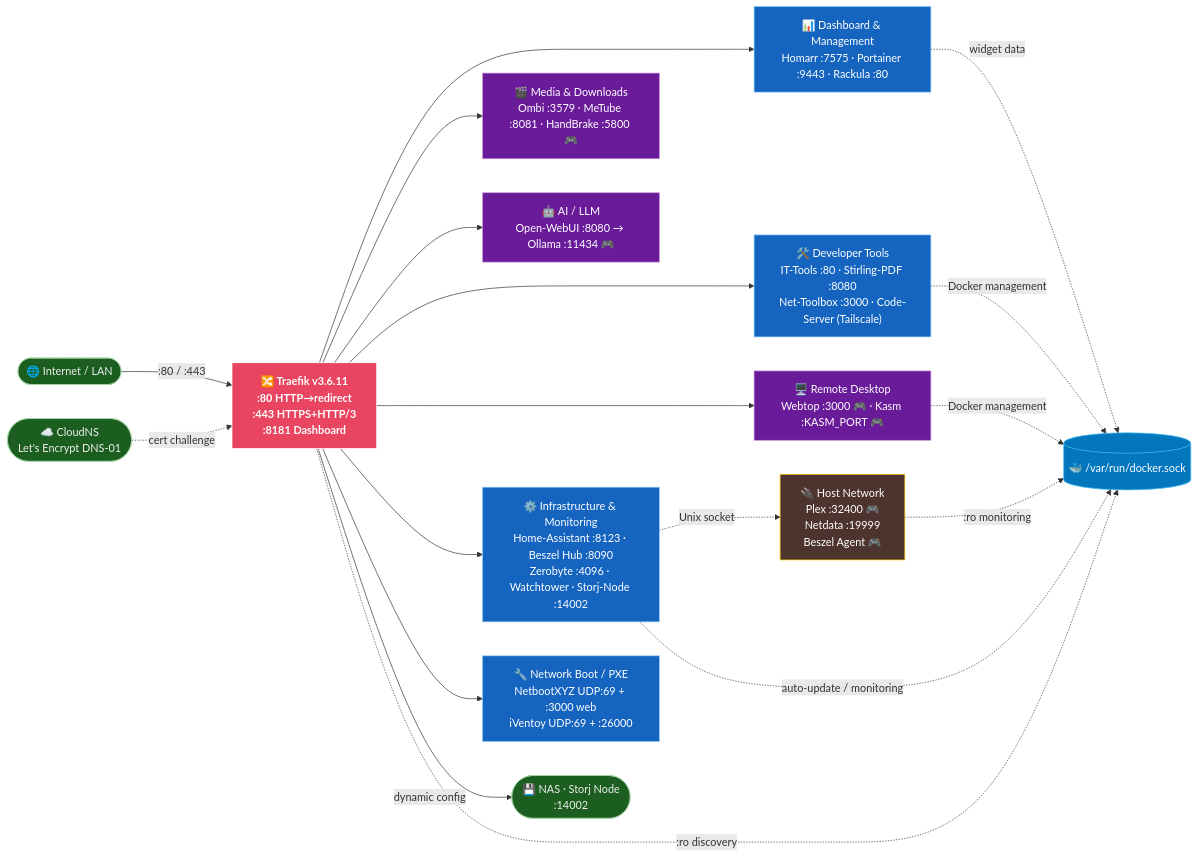
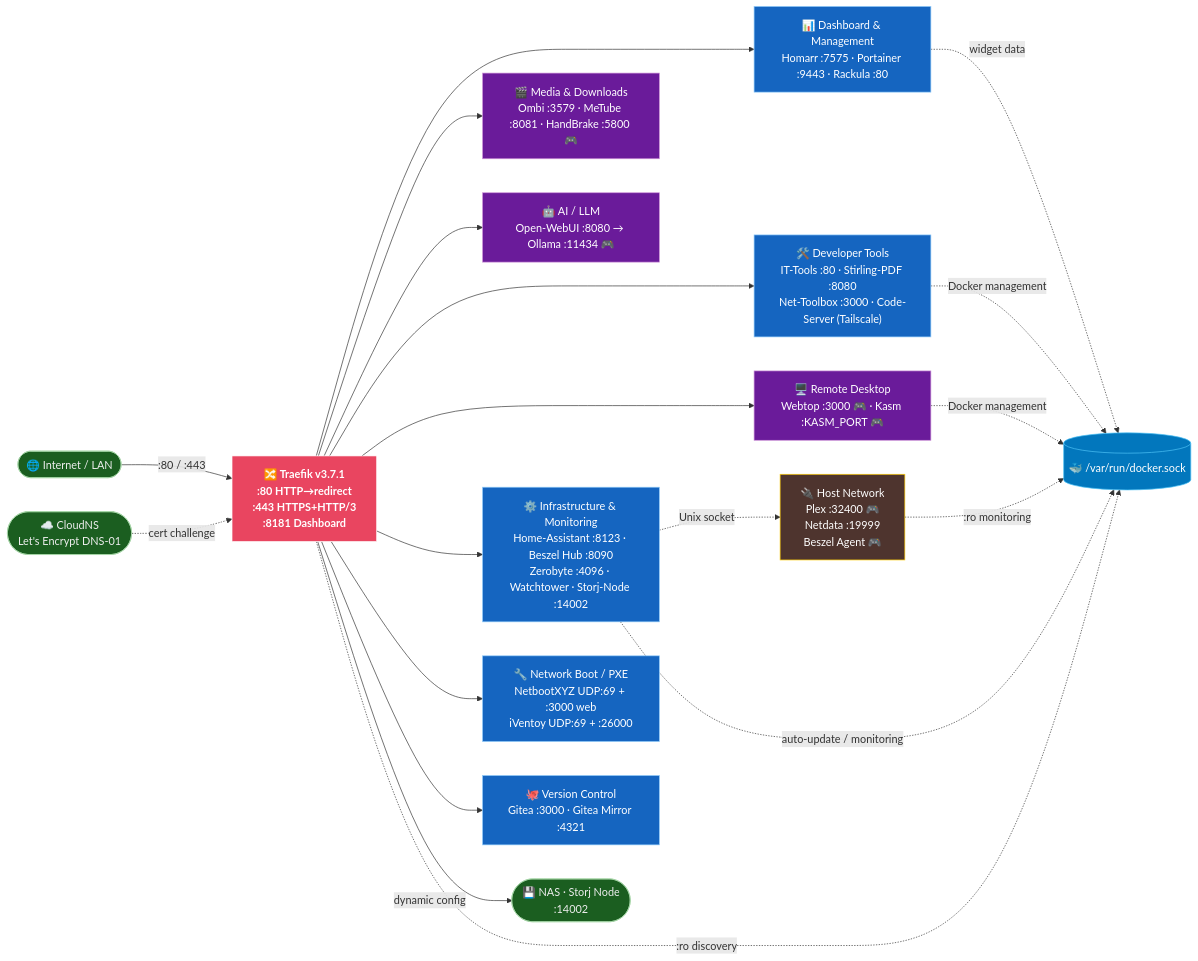
Before and after one commit to locus313/homelab-gitops: the diagram in README.md, drawn with Mermaid. The commit also changed other lines of this file and 1 other file, not shown here.

Commit message:
fix(docs): update README.md to reflect Traefik version change and add new services to the technology stack

````diff
--- a/README.md
+++ b/README.md
@@ -37,39 +40,40 @@
 ```mermaid
 graph LR
     classDef traefik fill:#e94560,stroke:#fff,color:#fff,font-weight:bold
     classDef group fill:#1565c0,stroke:#90caf9,color:#fff
     classDef gpu fill:#6a1b9a,stroke:#ce93d8,color:#fff
     classDef hostnet fill:#4e342e,stroke:#ffcc02,color:#fff
     classDef external fill:#1b5e20,stroke:#a5d6a7,color:#eee
     classDef dock fill:#0277bd,stroke:#4fc3f7,color:#fff
 
     INTERNET(["🌐 Internet / LAN"]):::external
     CLOUDNS(["☁️ CloudNS\nLet's Encrypt DNS-01"]):::external
     NAS(["💾 NAS · Storj Node\n:14002"]):::external
     DOCKER[("🐳 /var/run/docker.sock")]:::dock
 
-    TRAEFIK["🔀 Traefik v3.6.11\n:80 HTTP→redirect\n:443 HTTPS+HTTP/3\n:8181 Dashboard"]:::traefik
+    TRAEFIK["🔀 Traefik v3.7.1\n:80 HTTP→redirect\n:443 HTTPS+HTTP/3\n:8181 Dashboard"]:::traefik
 
     INTERNET -->|":80 / :443"| TRAEFIK
     CLOUDNS -.->|"cert challenge"| TRAEFIK
 
     TRAEFIK --> DASH["📊 Dashboard & Management\nHomarr :7575 · Portainer :9443 · Rackula :80"]:::group
     TRAEFIK --> MEDIA["🎬 Media & Downloads\nOmbi :3579 · MeTube :8081 · HandBrake :5800 🎮"]:::gpu
     TRAEFIK --> AI["🤖 AI / LLM\nOpen-WebUI :8080 → Ollama :11434 🎮"]:::gpu
     TRAEFIK --> TOOLS["🛠️ Developer Tools\nIT-Tools :80 · Stirling-PDF :8080\nNet-Toolbox :3000 · Code-Server (Tailscale)"]:::group
     TRAEFIK --> DESKTOP["🖥️ Remote Desktop\nWebtop :3000 🎮 · Kasm :KASM_PORT 🎮"]:::gpu
     TRAEFIK --> INFRA["⚙️ Infrastructure & Monitoring\nHome-Assistant :8123 · Beszel Hub :8090\nZerobyte :4096 · Watchtower · Storj-Node :14002"]:::group
     TRAEFIK --> BOOT["🔧 Network Boot / PXE\nNetbootXYZ UDP:69 + :3000 web\niVentoy UDP:69 + :26000"]:::group
+    TRAEFIK --> VCS["🐙 Version Control\nGitea :3000 · Gitea Mirror :4321"]:::group
     TRAEFIK -->|"dynamic config"| NAS
 
     HOSTNET["🔌 Host Network\nPlex :32400 🎮\nNetdata :19999\nBeszel Agent 🎮"]:::hostnet
 
     INFRA -.->|"Unix socket"| HOSTNET
 
     TRAEFIK -.->|":ro discovery"| DOCKER
     DASH -.->|"widget data"| DOCKER
     INFRA -.->|"auto-update / monitoring"| DOCKER
     DESKTOP -.->|"Docker management"| DOCKER
     TOOLS -.->|"Docker management"| DOCKER
     HOSTNET -.->|":ro monitoring"| DOCKER
 ```
````
